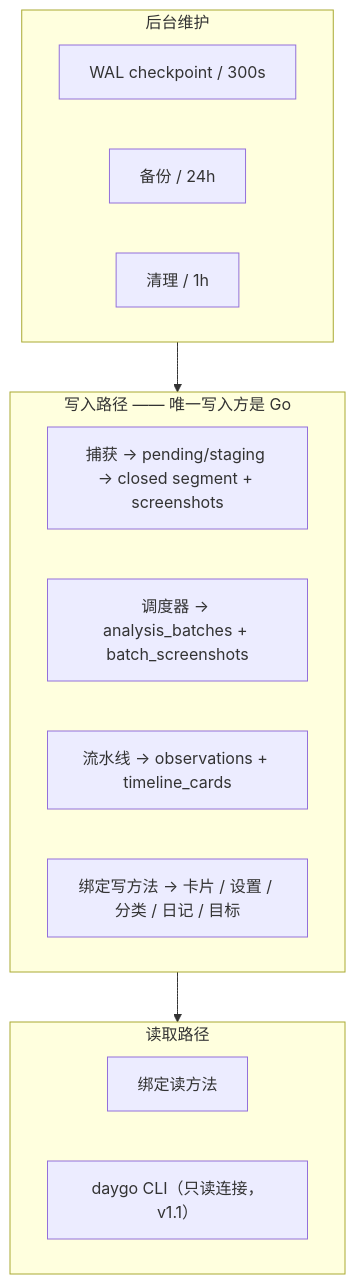
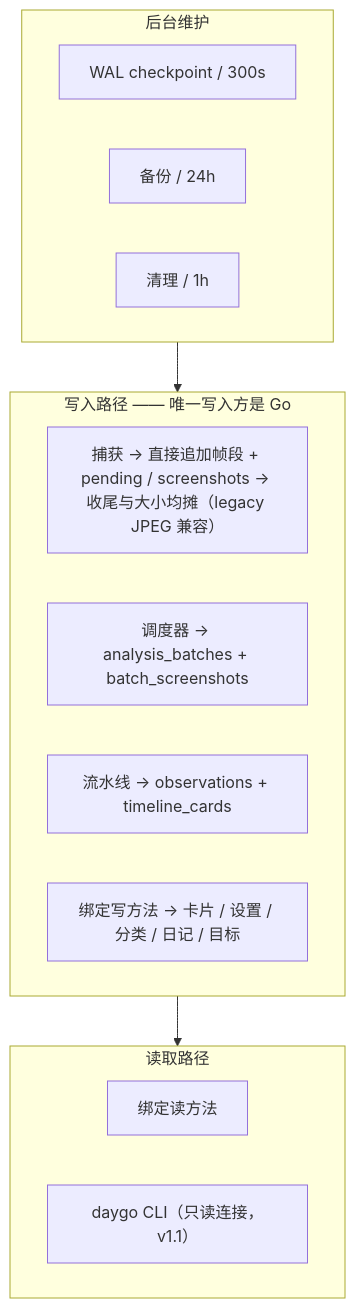
One commit to Jwz-git/Daygo changed the second of 5 diagrams in docs/04-data-flow.md. Above: the diagram before and after it, drawn with Mermaid. The commit also changed other lines of this file and 53 other files, not shown here.

````diff
--- a/docs/04-data-flow.md
+++ b/docs/04-data-flow.md
@@ -130,20 +134,20 @@
 ```mermaid
 flowchart TD
     subgraph W["写入路径 —— 唯一写入方是 Go"]
-        CAP["捕获 → pending/staging → closed segment + screenshots"]
+        CAP["捕获 → 直接追加帧段 + pending / screenshots → 收尾与大小均摊（legacy JPEG 兼容）"]
         SCH["调度器 → analysis_batches + batch_screenshots"]
         PIPE["流水线 → observations + timeline_cards"]
         UI["绑定写方法 → 卡片 / 设置 / 分类 / 日记 / 目标"]
     end
     subgraph M["后台维护"]
         CP["WAL checkpoint / 300s"]
         BK["备份 / 24h"]
         PG["清理 / 1h"]
     end
     subgraph R["读取路径"]
         BIND["绑定读方法"]
         CLI["daygo CLI（只读连接，v1.1）"]
     end
     W --> R
     M --> W
 ```
````
